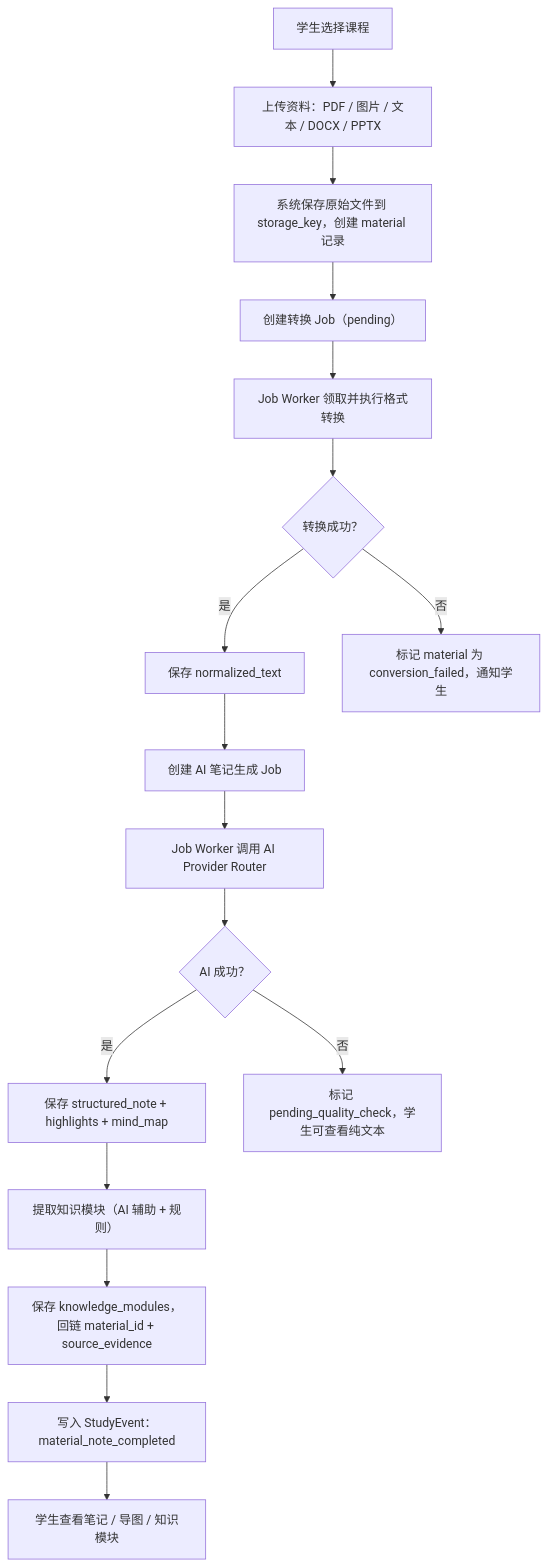
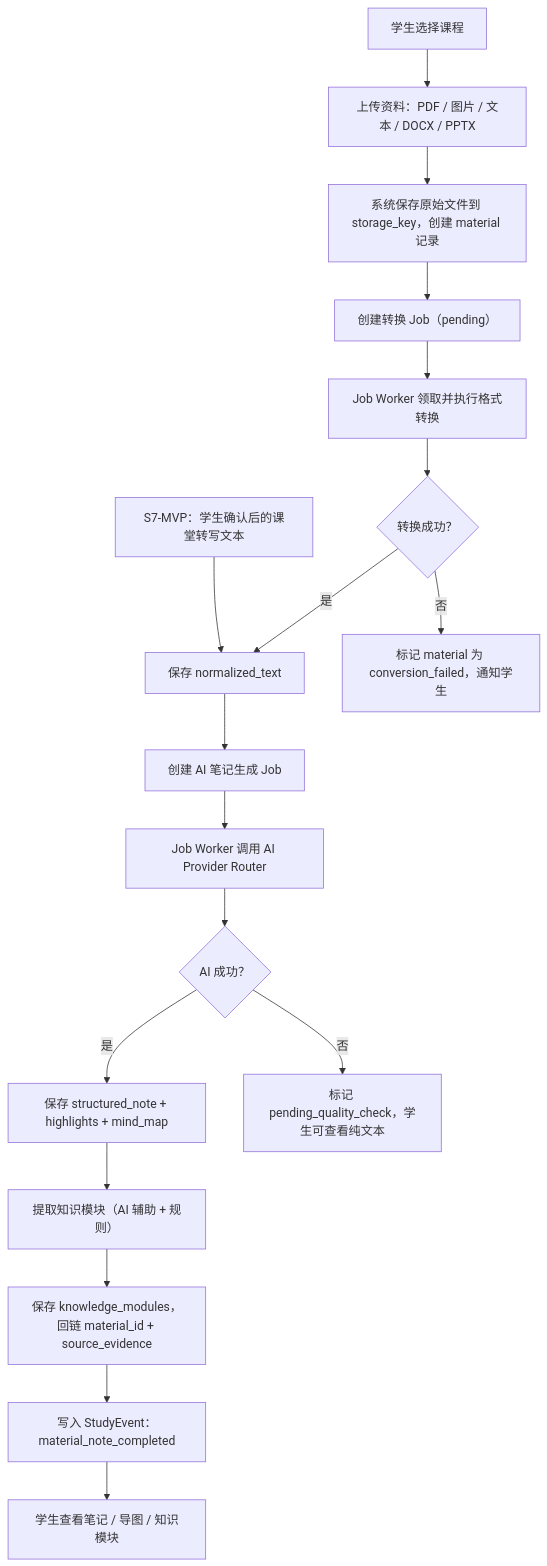
Before and after one commit to everything-is-simple/ai-studybuddy: the first of 2 diagrams in docs/subsystems/03-S2-资料笔记子系统PRD-NoteBuilder.md, drawn with Mermaid. The commit also changed other lines of this file and 29 other files, not shown here.

````diff
--- a/docs/subsystems/03-S2-资料笔记子系统PRD-NoteBuilder.md
+++ b/docs/subsystems/03-S2-资料笔记子系统PRD-NoteBuilder.md
@@ -66,19 +66,20 @@
 ```mermaid
 flowchart TD
   A["学生选择课程"] --> B["上传资料：PDF / 图片 / 文本 / DOCX / PPTX"]
+  S7["S7-MVP：学生确认后的课堂转写文本"] --> G
   B --> C["系统保存原始文件到 storage_key，创建 material 记录"]
   C --> D["创建转换 Job（pending）"]
   D --> E["Job Worker 领取并执行格式转换"]
   E --> F{"转换成功？"}
   F -- 是 --> G["保存 normalized_text"]
   F -- 否 --> H["标记 material 为 conversion_failed，通知学生"]
   G --> I["创建 AI 笔记生成 Job"]
   I --> J["Job Worker 调用 AI Provider Router"]
   J --> K{"AI 成功？"}
   K -- 是 --> L["保存 structured_note + highlights + mind_map"]
   K -- 否 --> M["标记 pending_quality_check，学生可查看纯文本"]
   L --> N["提取知识模块（AI 辅助 + 规则）"]
   N --> O["保存 knowledge_modules，回链 material_id + source_evidence"]
   O --> P["写入 StudyEvent：material_note_completed"]
   P --> Q["学生查看笔记 / 导图 / 知识模块"]
 ```
````
